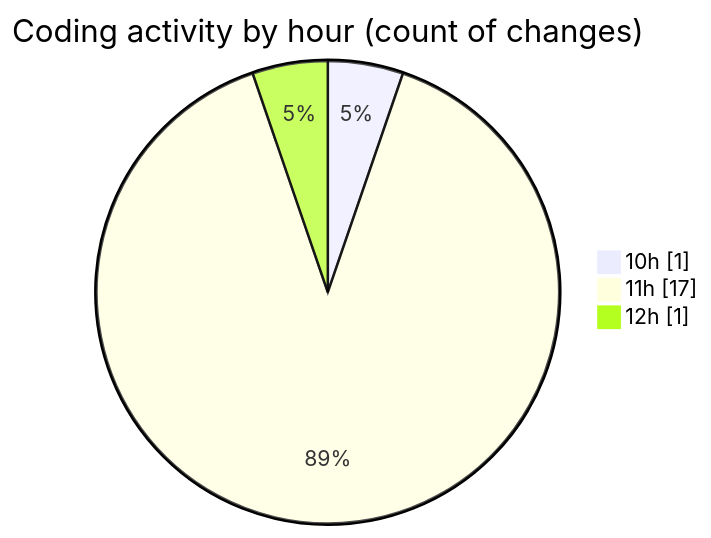
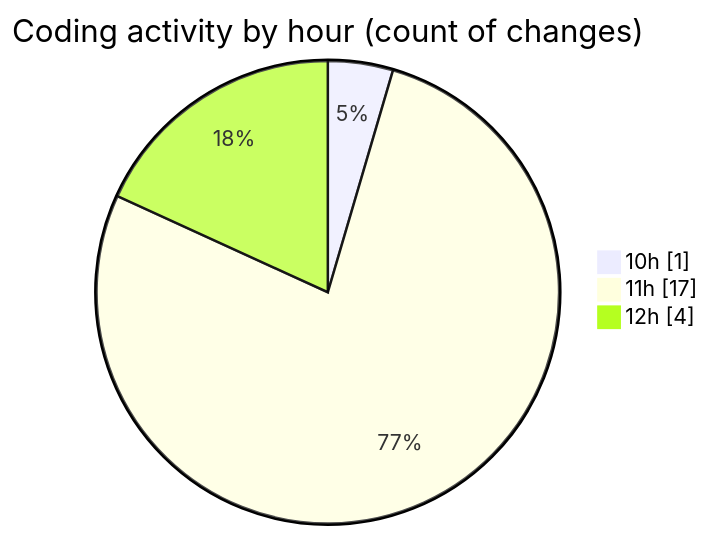
One commit to nxtqubesakshisongat/code-tracking changed the second of 2 diagrams in 2026-05-19/nxtqube_webapp/README.md. Above: the diagram before and after it, drawn with Mermaid. The commit also changed other lines of this file and 1 other file, not shown here.

````diff
--- a/2026-05-19/nxtqube_webapp/README.md
+++ b/2026-05-19/nxtqube_webapp/README.md
@@ -33,7 +33,7 @@
 ```mermaid
 pie showData
 title Coding activity by hour (count of changes)
 "10h" : 1
 "11h" : 17
-"12h" : 1
+"12h" : 4
 ```
````
